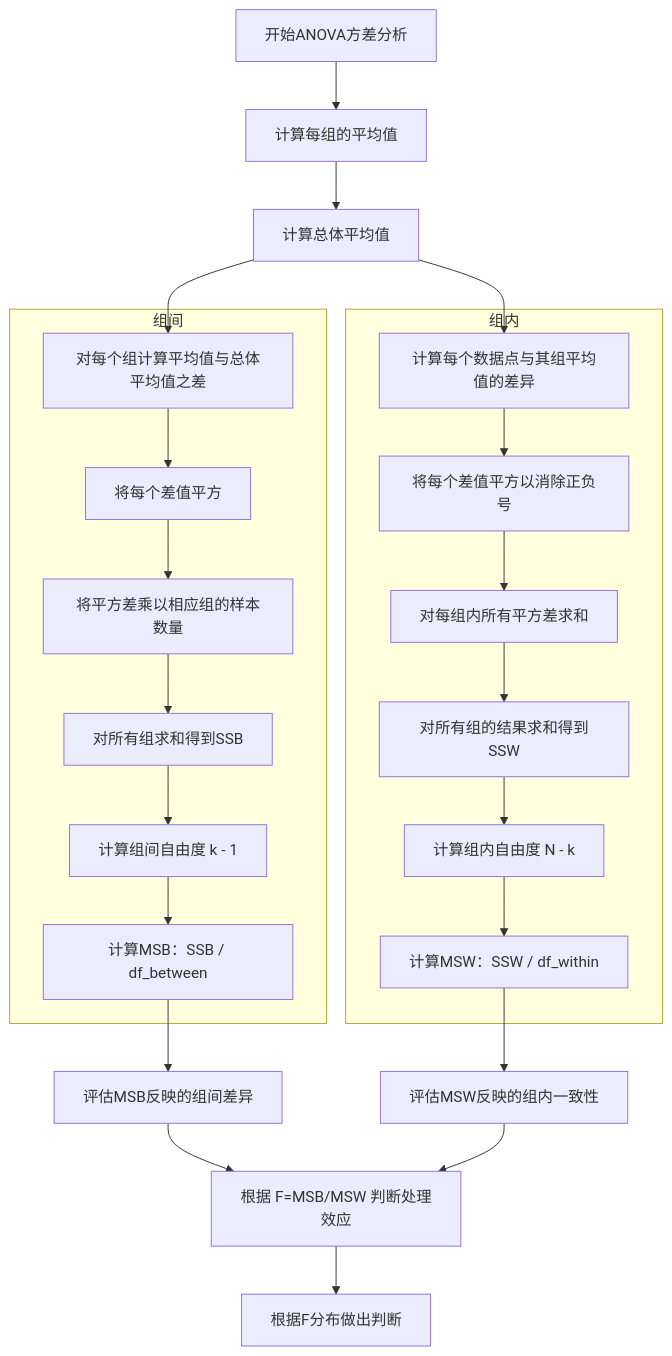
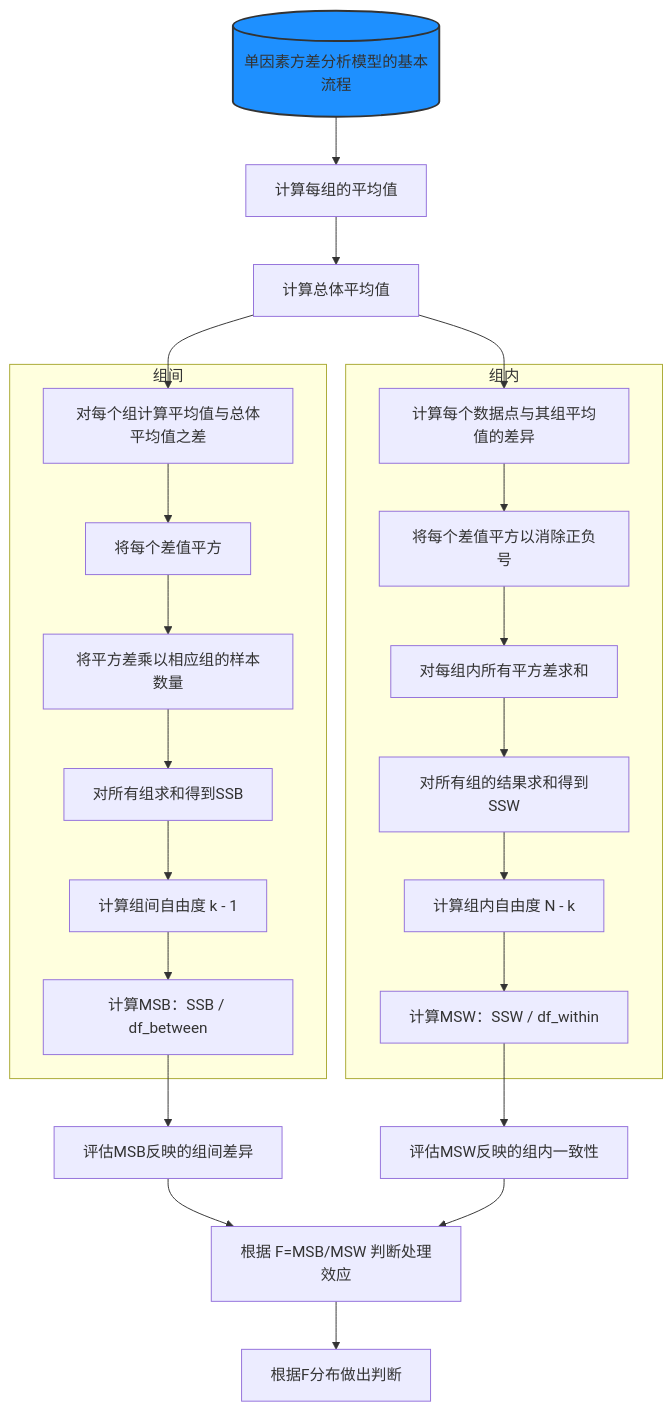
The fourth of 6 diagrams in source/_posts/ANOVA.md (introvert24312/somehow), drawn with Mermaid before and after one commit. The commit also changed other lines of this file and 2 other files, not shown here.

````diff
--- a/source/_posts/ANOVA.md
+++ b/source/_posts/ANOVA.md
@@ -17,29 +67,31 @@
 ```mermaid
-graph TD
-    0[开始ANOVA方差分析]
- 
-    0 --> 1[计算每组的平均值]
+  graph TD
+  0[(单因素方差分析模型的基本流程)]:::machine
+  0-->1
+  1[计算每组的平均值]
+    
     1 --> 2[计算总体平均值]
     2 --> 3[对每个组计算平均值与总体平均值之差]
    subgraph 组间
     3 --> 4[将每个差值平方]
     4 --> 5[将平方差乘以相应组的样本数量]
     5 --> 6[对所有组求和得到SSB]
     6 --> 7[计算组间自由度 k - 1]
     7 --> 8[计算MSB：SSB / df_between]
     end
     2 --> 9[计算每个数据点与其组平均值的差异]
   subgraph 组内
     9 --> 10[将每个差值平方以消除正负号]
     10 --> 11[对每组内所有平方差求和]
     11 --> 12[对所有组的结果求和得到SSW]
     12 --> 13[计算组内自由度 N - k]
     13 --> 14[计算MSW：SSW / df_within]
 	end
     8 --> 15[评估MSB反映的组间差异]
     14 --> 16[评估MSW反映的组内一致性]
     15 --> 17[根据 F=MSB/MSW 判断处理效应]
     16 --> 17
     17-->18[根据F分布做出判断]
+        classDef machine fill:#1E90FF,stroke:#333,stroke-width:2px;
 
 ```
````
